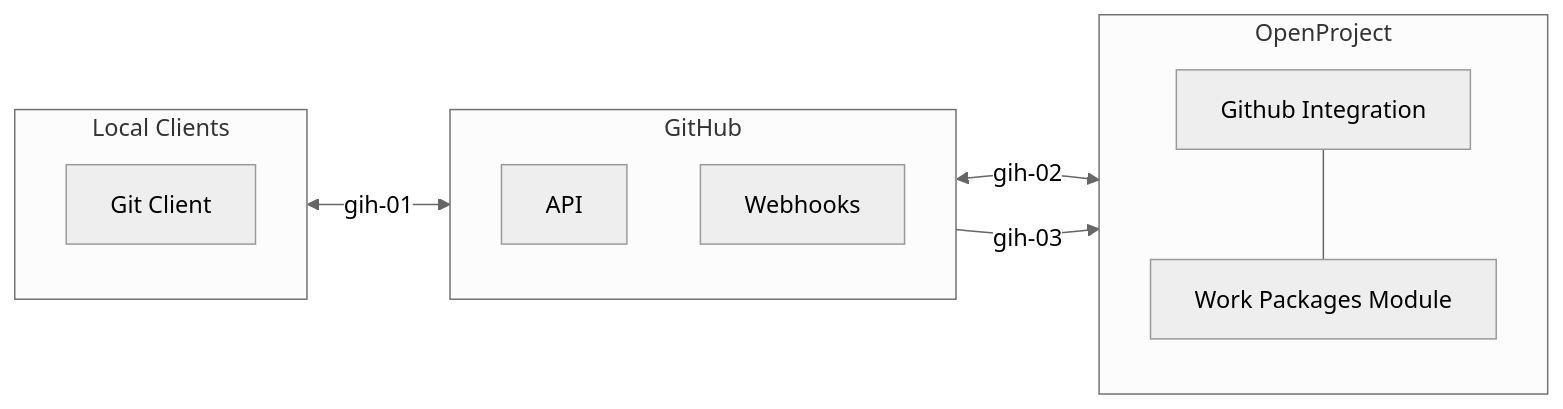
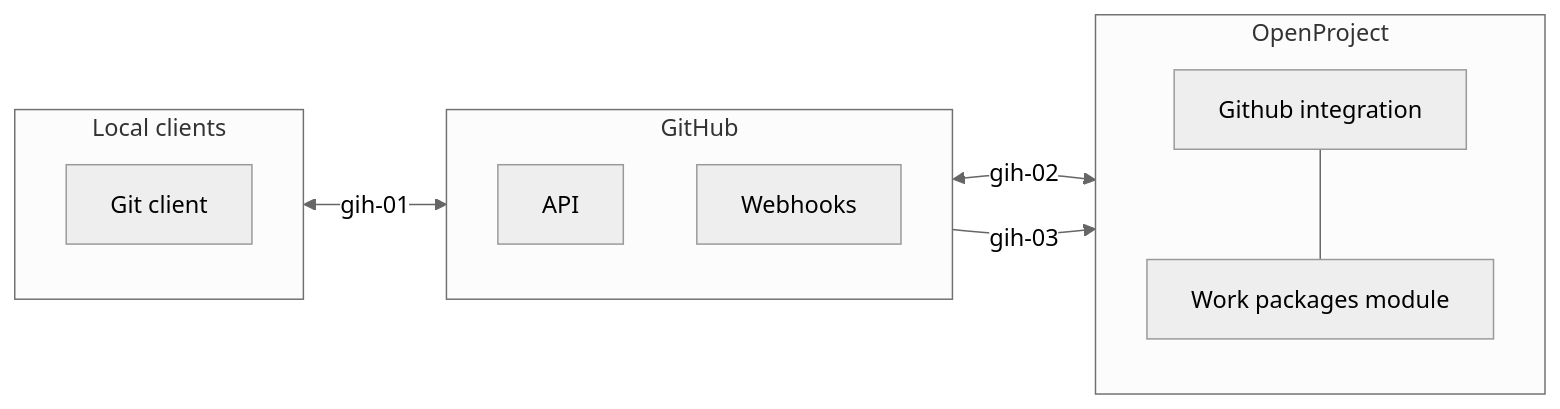
The sixth of 7 diagrams in docs/development/data-flow/README.md (opf/openproject), drawn with Mermaid before and after one commit. The commit also changed other lines of this file, not shown here.

Commit message:
Adding api integrations to the data flow docs and minor harmonizations

````diff
--- a/docs/development/data-flow/README.md
+++ b/docs/development/data-flow/README.md
@@ -465,26 +465,26 @@
 ```mermaid
 %%{init: {'theme':'neutral'}}%%
 flowchart LR
 	gitclient <-->|gih-01| githubapi
 	githubapi <-->|gih-02| opgithubintegration
 	githubwebhooks -->|gih-03| opgithubintegration
 
   subgraph GitHub
    direction TB
   	githubapi[API]
 	githubwebhooks[Webhooks]
 
 	end
 	
-	subgraph localclients[Local Clients]
+	subgraph localclients[Local clients]
    direction TB
-  	gitclient[Git Client]
+  	gitclient[Git client]
 	end
 
   subgraph openproject[OpenProject]
    direction TB
-  	opgithubintegration[Github Integration] --- workpackagesmodule[Work Packages Module]
+  	opgithubintegration[Github integration] --- workpackagesmodule[Work packages module]
 	end
   
   
 ```
````
